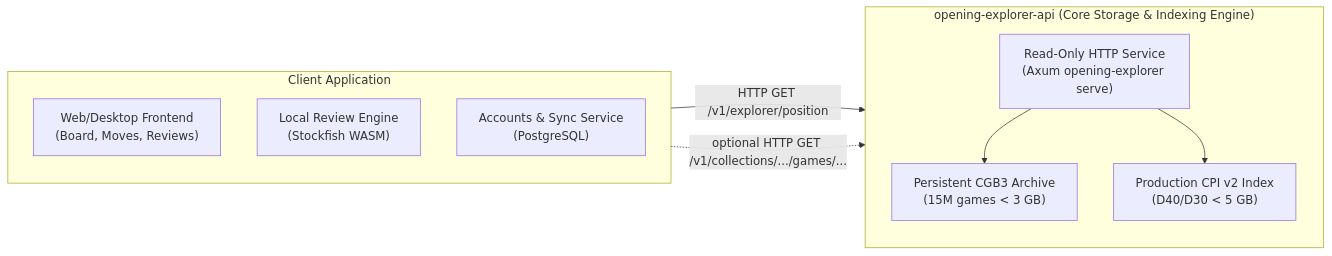
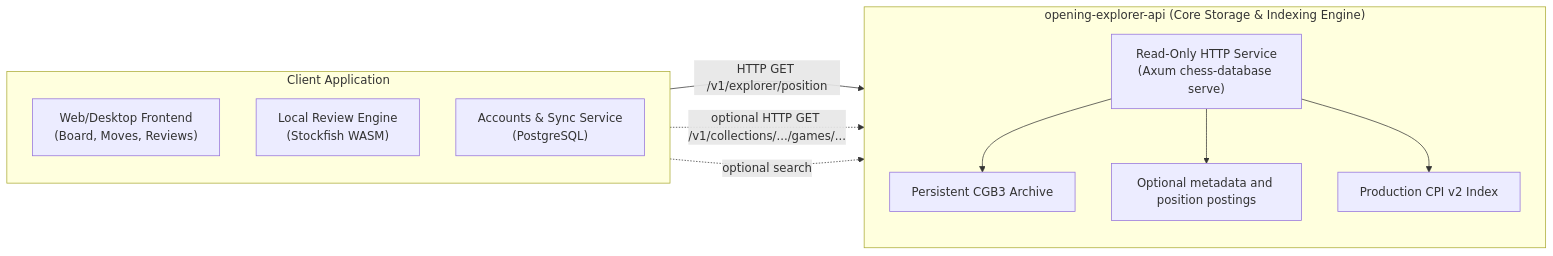
The fourth of 4 diagrams in docs/ARCHITECTURE.md (Nerver-zip/chess-database-api), drawn with Mermaid before and after one commit. The commit also changed other lines of this file and 67 other files, not shown here.

Commit message:
feat: evolve opening explorer into chess database api

````diff
--- a/docs/ARCHITECTURE.md
+++ b/docs/ARCHITECTURE.md
@@ -245,21 +250,24 @@
 ```mermaid
 graph LR
     subgraph Engine["opening-explorer-api (Core Storage & Indexing Engine)"]
         direction TB
-        DB_STORE["Persistent CGB3 Archive<br/>(15M games < 3 GB)"]
-        DB_INDEX["Production CPI v2 Index<br/>(D40/D30 < 5 GB)"]
-        DB_API["Read-Only HTTP Service<br/>(Axum opening-explorer serve)"]
+        DB_STORE["Persistent CGB3 Archive"]
+        DB_INDEX["Production CPI v2 Index"]
+        DB_SEARCH["Optional metadata and position postings"]
+        DB_API["Read-Only HTTP Service<br/>(Axum chess-database serve)"]
     end
 
     subgraph Client["Client Application"]
         direction TB
         CLIENT_WEB["Web/Desktop Frontend<br/>(Board, Moves, Reviews)"]
         CLIENT_LOCAL["Local Review Engine<br/>(Stockfish WASM)"]
         CLIENT_SYNC["Accounts & Sync Service<br/>(PostgreSQL)"]
     end
 
     CLIENT_WEB -->|HTTP GET /v1/explorer/position| DB_API
     CLIENT_WEB -.->|optional HTTP GET /v1/collections/.../games/...| DB_API
+    CLIENT_WEB -.->|optional search| DB_API
+    DB_API --> DB_SEARCH
     DB_API --> DB_INDEX
     DB_API --> DB_STORE
 ```
````
